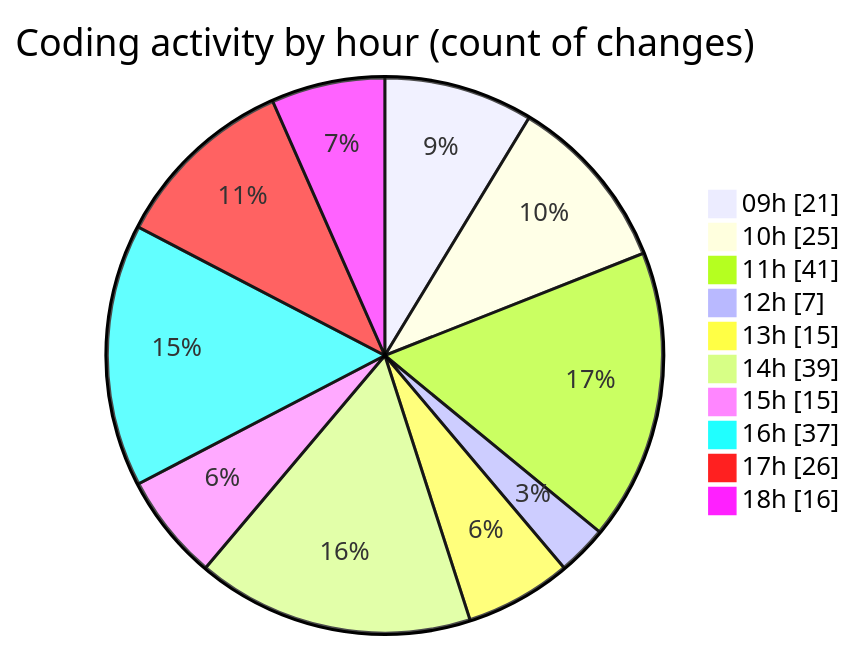
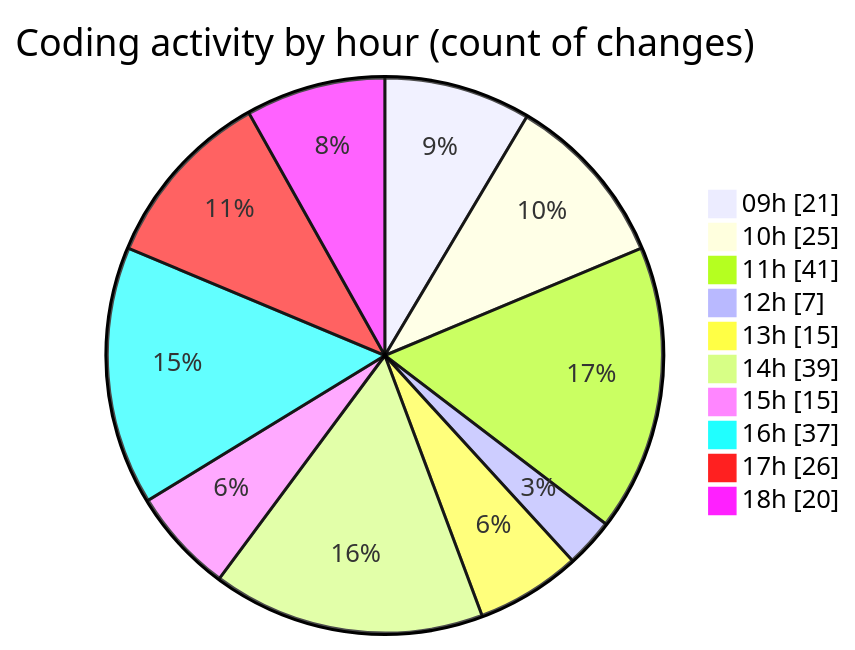
One commit to momahboobian/code-tracking changed the second of 2 diagrams in 2025-12-01/cda/README.md. Above: the diagram before and after it, drawn with Mermaid. The commit also changed other lines of this file and 1 other file, not shown here.

````diff
--- a/2025-12-01/cda/README.md
+++ b/2025-12-01/cda/README.md
@@ -51,14 +51,14 @@
 ```mermaid
 pie showData
 title Coding activity by hour (count of changes)
 "09h" : 21
 "10h" : 25
 "11h" : 41
 "12h" : 7
 "13h" : 15
 "14h" : 39
 "15h" : 15
 "16h" : 37
 "17h" : 26
-"18h" : 16
+"18h" : 20
 ```
````
